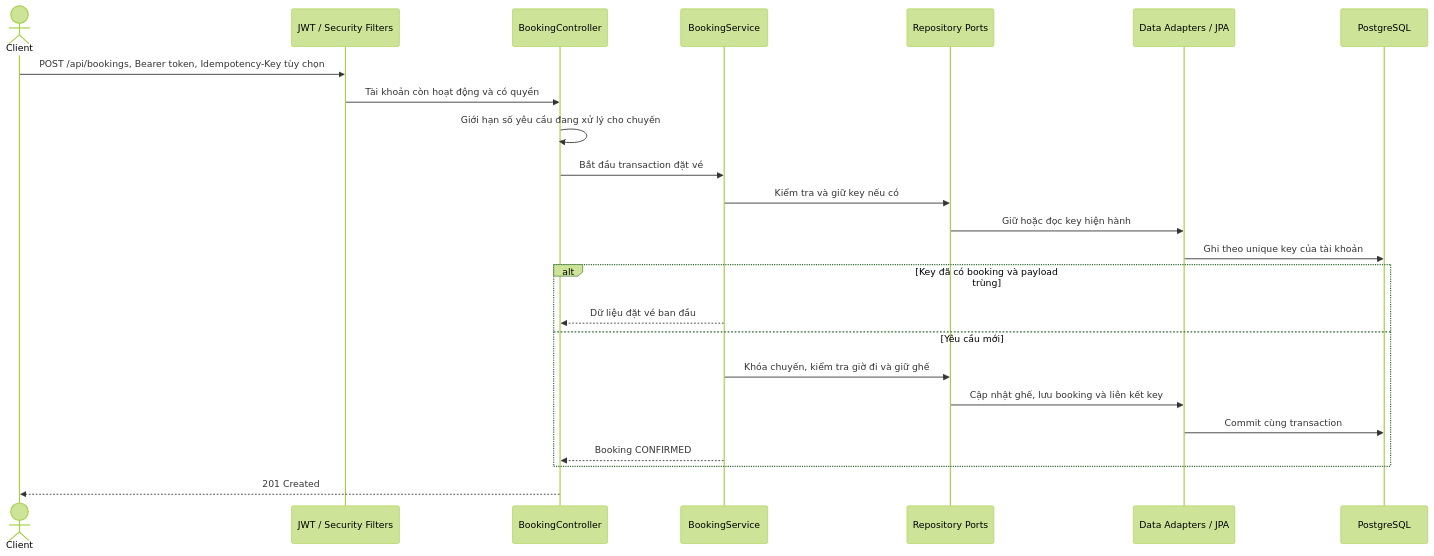
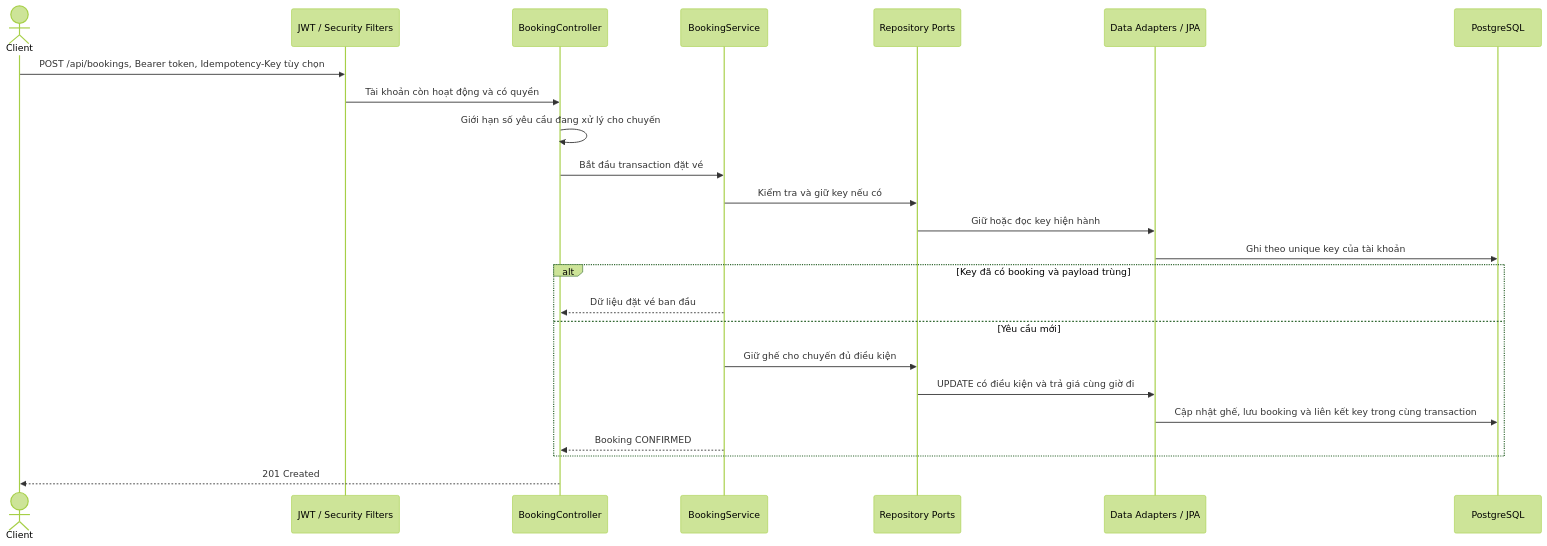
One commit to Akapi895/BusBooking changed the fifth of 8 diagrams in docs/03-system-architecture.md. Above: the diagram before and after it, drawn with Mermaid (forest theme). The commit also changed other lines of this file and 5 other files, not shown here.

````diff
--- a/docs/03-system-architecture.md
+++ b/docs/03-system-architecture.md
@@ -179,27 +179,27 @@
 ```mermaid
 sequenceDiagram
     actor Client
     participant SEC as JWT / Security Filters
     participant API as BookingController
     participant BIZ as BookingService
     participant PORT as Repository Ports
     participant ADP as Data Adapters / JPA
     participant DB as PostgreSQL
 
     Client->>SEC: POST /api/bookings, Bearer token, Idempotency-Key tùy chọn
     SEC->>API: Tài khoản còn hoạt động và có quyền
     API->>API: Giới hạn số yêu cầu đang xử lý cho chuyến
     API->>BIZ: Bắt đầu transaction đặt vé
     BIZ->>PORT: Kiểm tra và giữ key nếu có
     PORT->>ADP: Giữ hoặc đọc key hiện hành
     ADP->>DB: Ghi theo unique key của tài khoản
     alt Key đã có booking và payload trùng
         BIZ-->>API: Dữ liệu đặt vé ban đầu
     else Yêu cầu mới
-        BIZ->>PORT: Khóa chuyến, kiểm tra giờ đi và giữ ghế
-        PORT->>ADP: Cập nhật ghế, lưu booking và liên kết key
-        ADP->>DB: Commit cùng transaction
+        BIZ->>PORT: Giữ ghế cho chuyến đủ điều kiện
+        PORT->>ADP: UPDATE có điều kiện và trả giá cùng giờ đi
+        ADP->>DB: Cập nhật ghế, lưu booking và liên kết key trong cùng transaction
         BIZ-->>API: Booking CONFIRMED
     end
     API-->>Client: 201 Created
 ```
````
